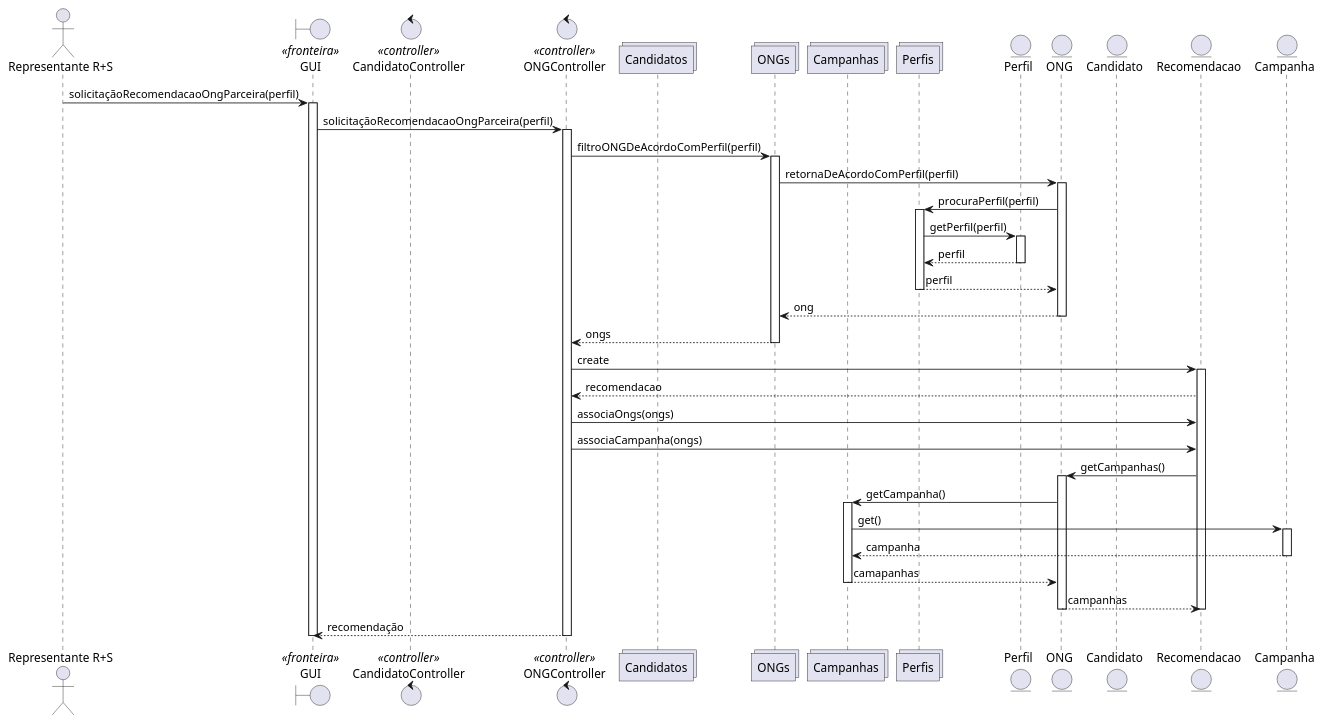
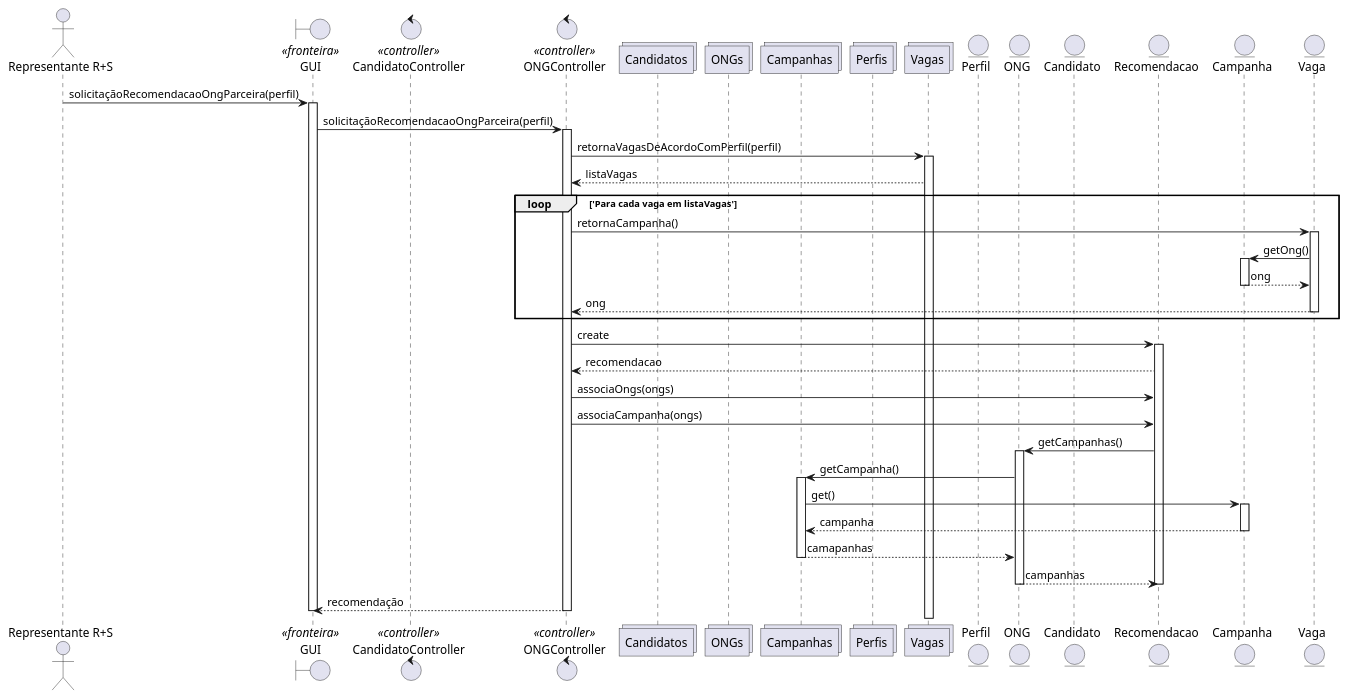
The diagram in docs/diagrama-sequencia/uc003/fluxo-principal/fluxo-principal-2-5.puml (guisgiacomini/redeMaisSocialProjetoSoftware), drawn with PlantUML before and after one commit.

Commit message:
Update diagrama de sequência

```diff
--- a/docs/diagrama-sequencia/uc003/fluxo-principal/fluxo-principal-2-5.puml
+++ b/docs/diagrama-sequencia/uc003/fluxo-principal/fluxo-principal-2-5.puml
@@ -1,67 +1,68 @@
 @startuml
 actor "Representante R+S" as representante
 boundary "GUI" as gui <<fronteira>>
 control "CandidatoController" as candidatoController <<controller>>
 control "ONGController" as ongController<<controller>>
 
 collections "Candidatos" as candidatos
 collections "ONGs" as ongs
 collections "Campanhas" as campanhas
 collections "Perfis" as perfis
+collections "Vagas" as vagas
 
 entity "Perfil" as perfil
 entity "ONG" as ong
 entity "Candidato" as candidato
 entity "Recomendacao" as recomendacao
 entity "Campanha" as campanha
+entity "Vaga" as vaga
 
 
 representante -> gui: solicitaçãoRecomendacaoOngParceira(perfil)
 activate gui
     gui -> ongController: solicitaçãoRecomendacaoOngParceira(perfil)
     activate ongController
-        ongController -> ongs: filtroONGDeAcordoComPerfil(perfil)
-        activate ongs
-            ongs -> ong: retornaDeAcordoComPerfil(perfil)
+        ongController -> vagas: retornaVagasDeAcordoComPerfil(perfil)
+        activate vagas
+            vagas --> ongController: listaVagas
+            loop 'Para cada vaga em listaVagas'
+                ongController -> vaga: retornaCampanha()
+                activate vaga
+                    vaga -> campanha: getOng()
+                    activate campanha
+                        campanha --> vaga: ong
+                    deactivate campanha
+                    vaga --> ongController: ong
+                deactivate vaga
+            end
             
-            activate ong
-                ong -> perfis: procuraPerfil(perfil)
-                activate  perfis
-                    perfis -> perfil: getPerfil(perfil)
-                        activate perfil
-                            perfil --> perfis: perfil
-                        deactivate perfil
-                    perfis --> ong: perfil
-                deactivate perfis
-                ong --> ongs: ong
-            deactivate ong
-            ongs --> ongController: ongs
+            activate campanha
 
-        deactivate ongs
+            
 
 
         ongController -> recomendacao: create
         activate recomendacao
                 recomendacao --> ongController: recomendacao
                 ongController -> recomendacao: associaOngs(ongs)
                 ongController -> recomendacao: associaCampanha(ongs)
                 recomendacao -> ong: getCampanhas()
                 activate ong
                 ong -> campanhas: getCampanha()
                 activate campanhas
                 campanhas -> campanha: get()
                 activate campanha
                     campanha --> campanhas: campanha
                 deactivate campanha
                 campanhas --> ong: camapanhas
                 deactivate campanhas
                 ong --> recomendacao: campanhas
                 deactivate ong
             
         deactivate recomendacao
         ongController --> gui: recomendação 
     deactivate ongController
 deactivate gui
 
 
 @enduml
```
